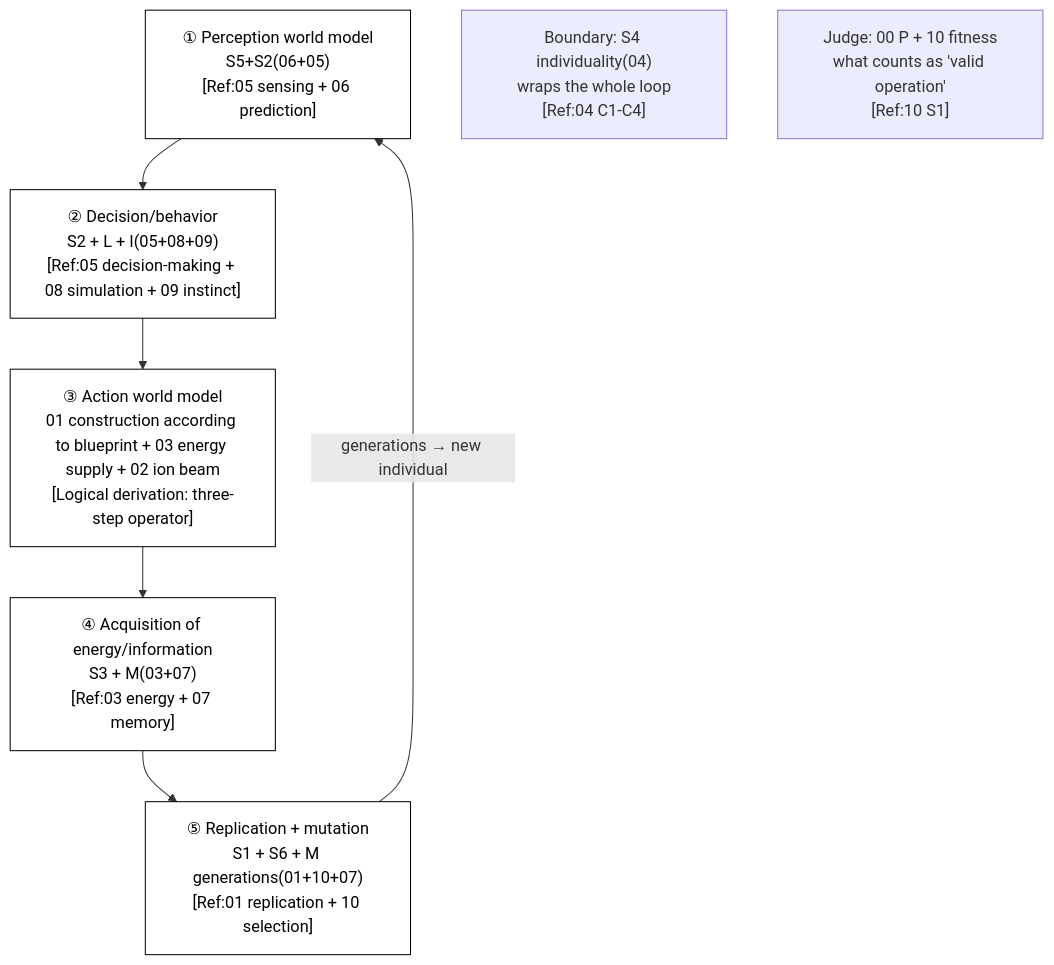
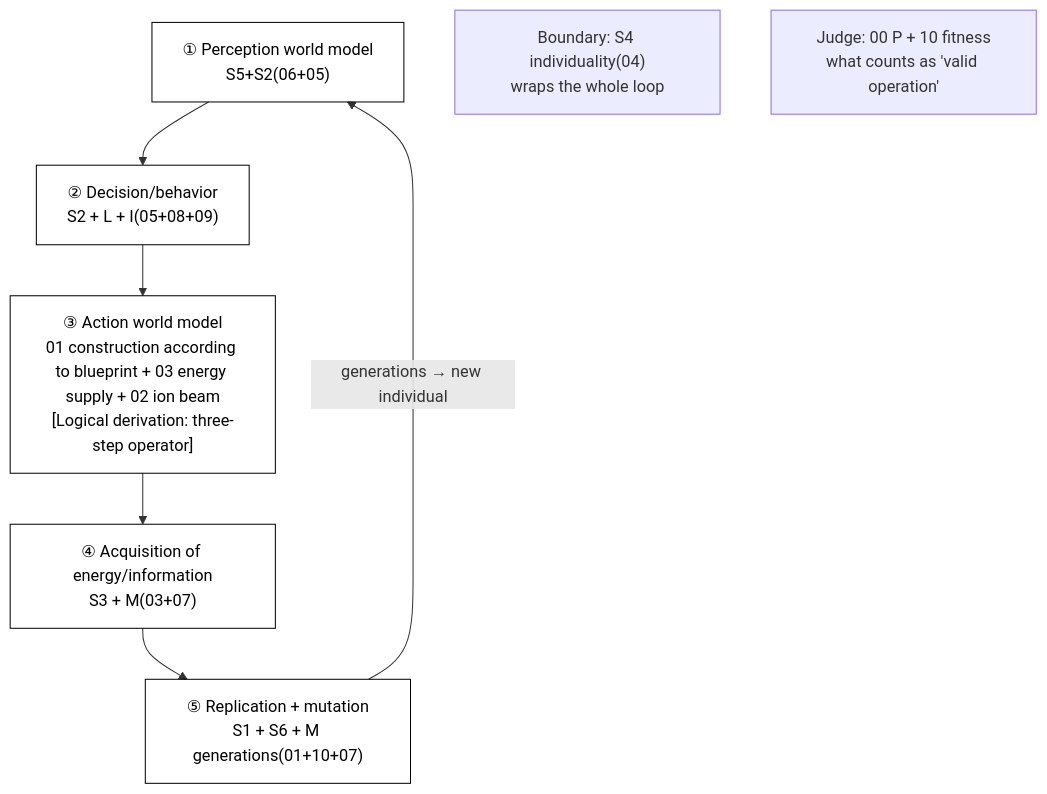
One commit to RichardASimon/Silicon-Biological-Blueprint changed the first of 2 diagrams in en-US/11-System-Integration.md. Above: the diagram before and after it, drawn with Mermaid. The commit also changed other lines of this file and 23 other files, not shown here.

First line of the commit message:
docs: improve report formatting, table balance and diagram captions

````diff
--- a/en-US/11-System-Integration.md
+++ b/en-US/11-System-Integration.md
@@ -129,20 +147,20 @@
 ```mermaid
 flowchart TB
-    L1["① Perception world model<br/>S5+S2(06+05)<br/>[Ref:05 sensing + 06 prediction]"]
-    L2["② Decision/behavior<br/>S2 + L + I(05+08+09)<br/>[Ref:05 decision-making + 08 simulation + 09 instinct]"]
+    L1["① Perception world model<br/>S5+S2(06+05)<br/>"]
+    L2["② Decision/behavior<br/>S2 + L + I(05+08+09)<br/>"]
     L3["③ Action world model<br/>01 construction according to blueprint + 03 energy supply + 02 ion beam<br/>[Logical derivation: three-step operator]"]
-    L4["④ Acquisition of energy/information<br/>S3 + M(03+07)<br/>[Ref:03 energy + 07 memory]"]
-    L5["⑤ Replication + mutation<br/>S1 + S6 + M generations(01+10+07)<br/>[Ref:01 replication + 10 selection]"]
+    L4["④ Acquisition of energy/information<br/>S3 + M(03+07)<br/>"]
+    L5["⑤ Replication + mutation<br/>S1 + S6 + M generations(01+10+07)<br/>"]
 
     L1 --> L2
     L2 --> L3
     L3 --> L4
     L4 --> L5
     L5 -->|generations → new individual| L1
 
-    B["Boundary: S4 individuality(04)<br/>wraps the whole loop<br/>[Ref:04 C1-C4]"]
-    C["Judge: 00 P + 10 fitness<br/>what counts as 'valid operation'<br/>[Ref:10 S1]"]
+    B["Boundary: S4 individuality(04)<br/>wraps the whole loop<br/>"]
+    C["Judge: 00 P + 10 fitness<br/>what counts as 'valid operation'<br/>"]
 
     classDef loop fill:transparent,stroke:currentColor,color:currentColor
     class L1,L2,L3,L4,L5 loop
 ```
````
